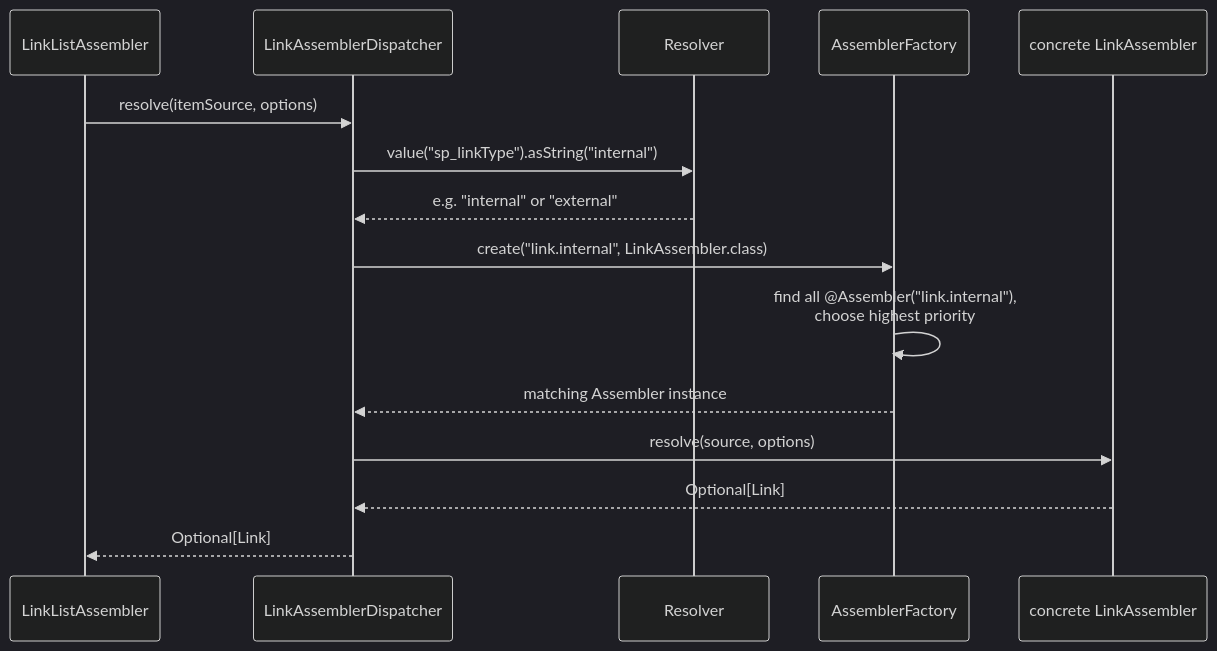
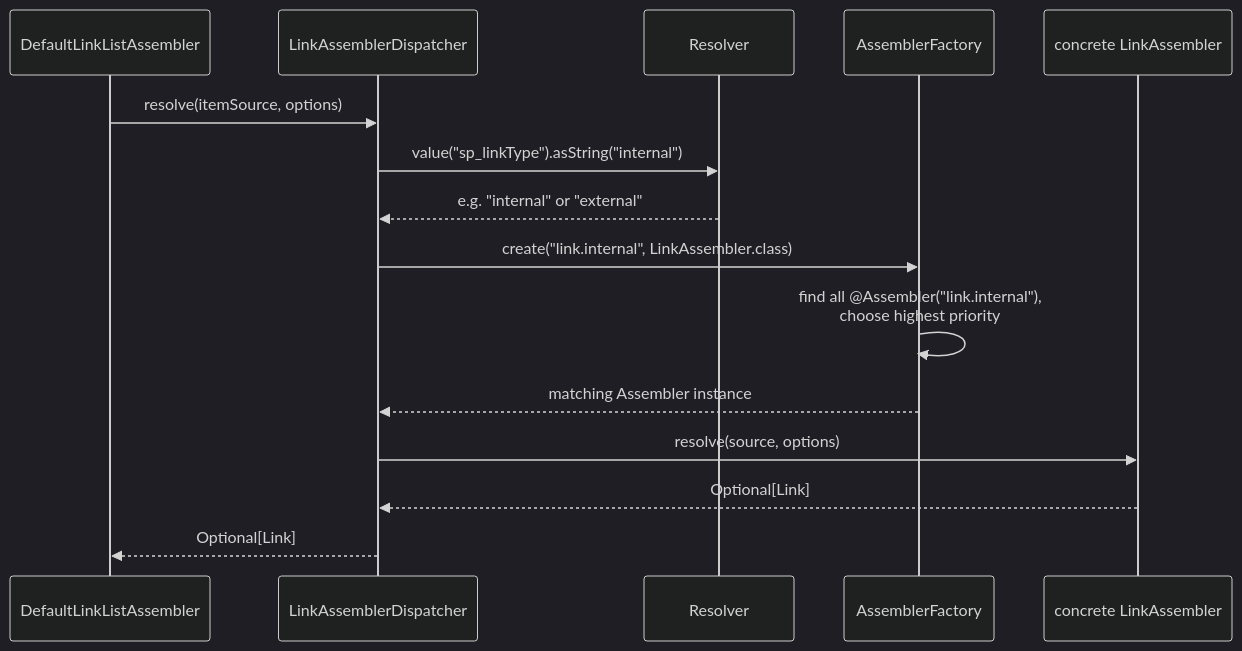
The diagram in docs/how-to/assembler-customization.md (sitepark/ies-aggregator), drawn with Mermaid (dark theme) before and after one commit. The commit also changed other lines of this file, not shown here.

````diff
--- a/docs/how-to/assembler-customization.md
+++ b/docs/how-to/assembler-customization.md
@@ -37,17 +59,17 @@
 ```mermaid
 sequenceDiagram
-    participant LL as LinkListAssembler
+    participant LL as DefaultLinkListAssembler
     participant D as LinkAssemblerDispatcher
     participant R as Resolver
     participant F as AssemblerFactory
     participant A as concrete LinkAssembler
     LL ->> D: resolve(itemSource, options)
     D ->> R: value("sp_linkType").asString("internal")
     R -->> D: e.g. "internal" or "external"
     D ->> F: create("link.internal", LinkAssembler.class)
     F ->> F: find all @Assembler("link.internal"),<br/>choose highest priority
     F -->> D: matching Assembler instance
     D ->> A: resolve(source, options)
     A -->> D: Optional[Link]
     D -->> LL: Optional[Link]
 ```
````
